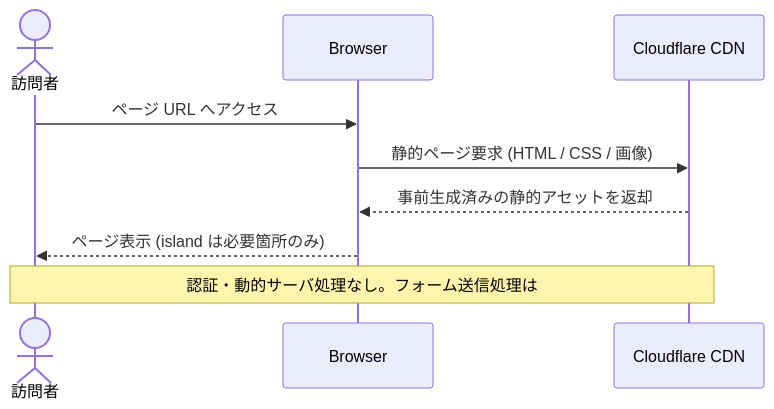
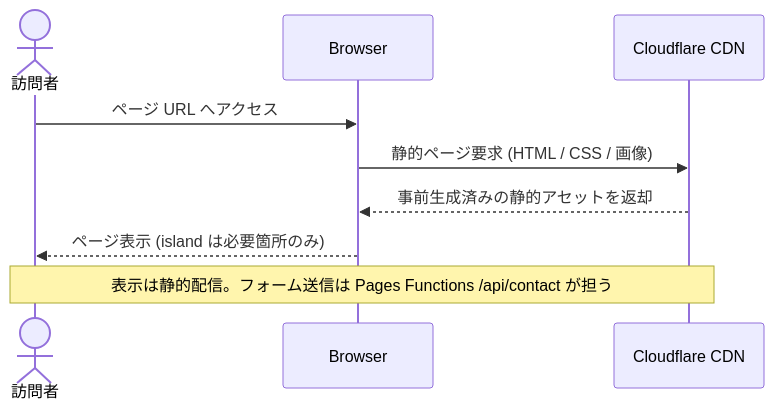
Before and after one commit to Fukuemon/kufu-apps: the fifth of 5 diagrams in design/features/corporate-site/DesignDoc_corporate-site.md, drawn with Mermaid. The commit also changed other lines of this file and 4 other files, not shown here.

````diff
--- a/design/features/corporate-site/DesignDoc_corporate-site.md
+++ b/design/features/corporate-site/DesignDoc_corporate-site.md
@@ -194,12 +301,12 @@
 ```mermaid
 sequenceDiagram
     actor User as 訪問者
     participant Browser as Browser
     participant CDN as Cloudflare CDN
 
     User->>Browser: ページ URL へアクセス
     Browser->>CDN: 静的ページ要求 (HTML / CSS / 画像)
     CDN-->>Browser: 事前生成済みの静的アセットを返却
     Browser-->>User: ページ表示 (island は必要箇所のみ)
-    Note over User,CDN: 認証・動的サーバ処理なし。フォーム送信処理は #14 で扱う
+    Note over User,CDN: 表示は静的配信。フォーム送信は Pages Functions /api/contact が担う
 ```
````
